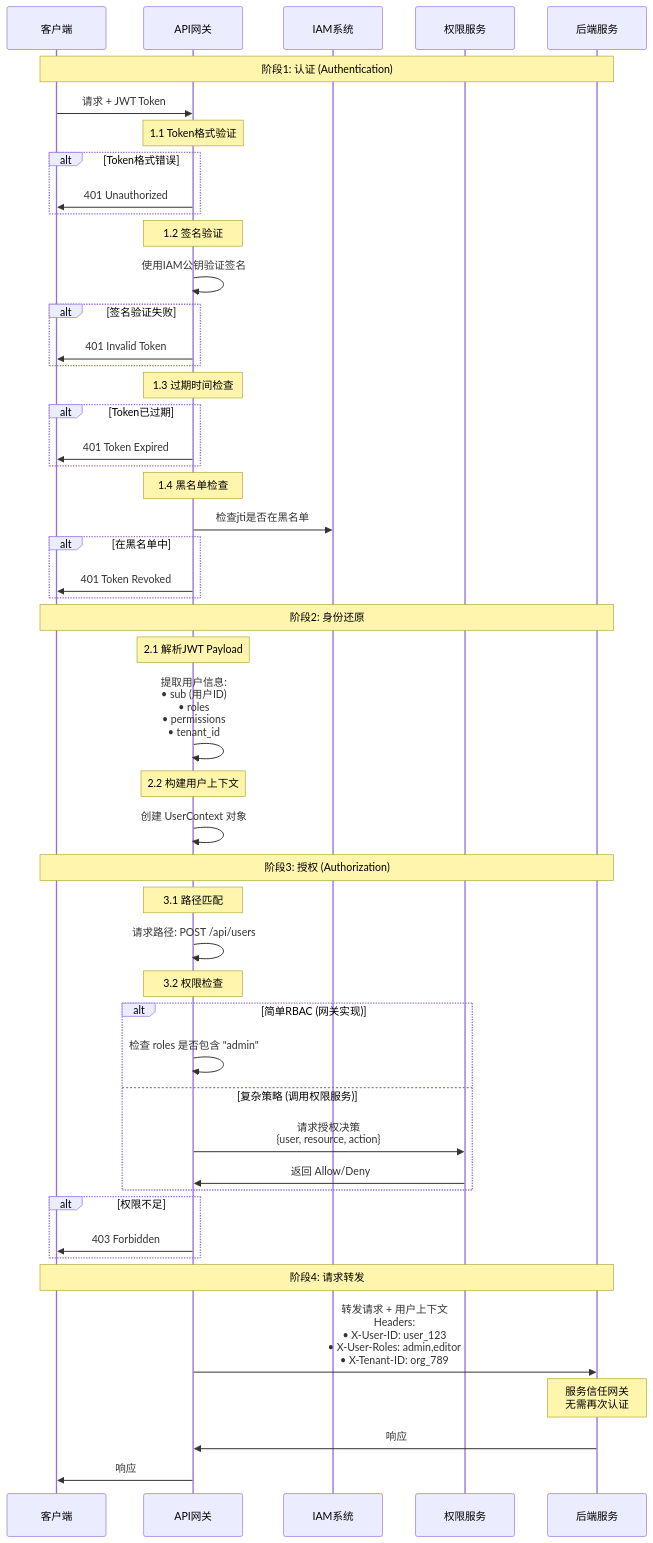
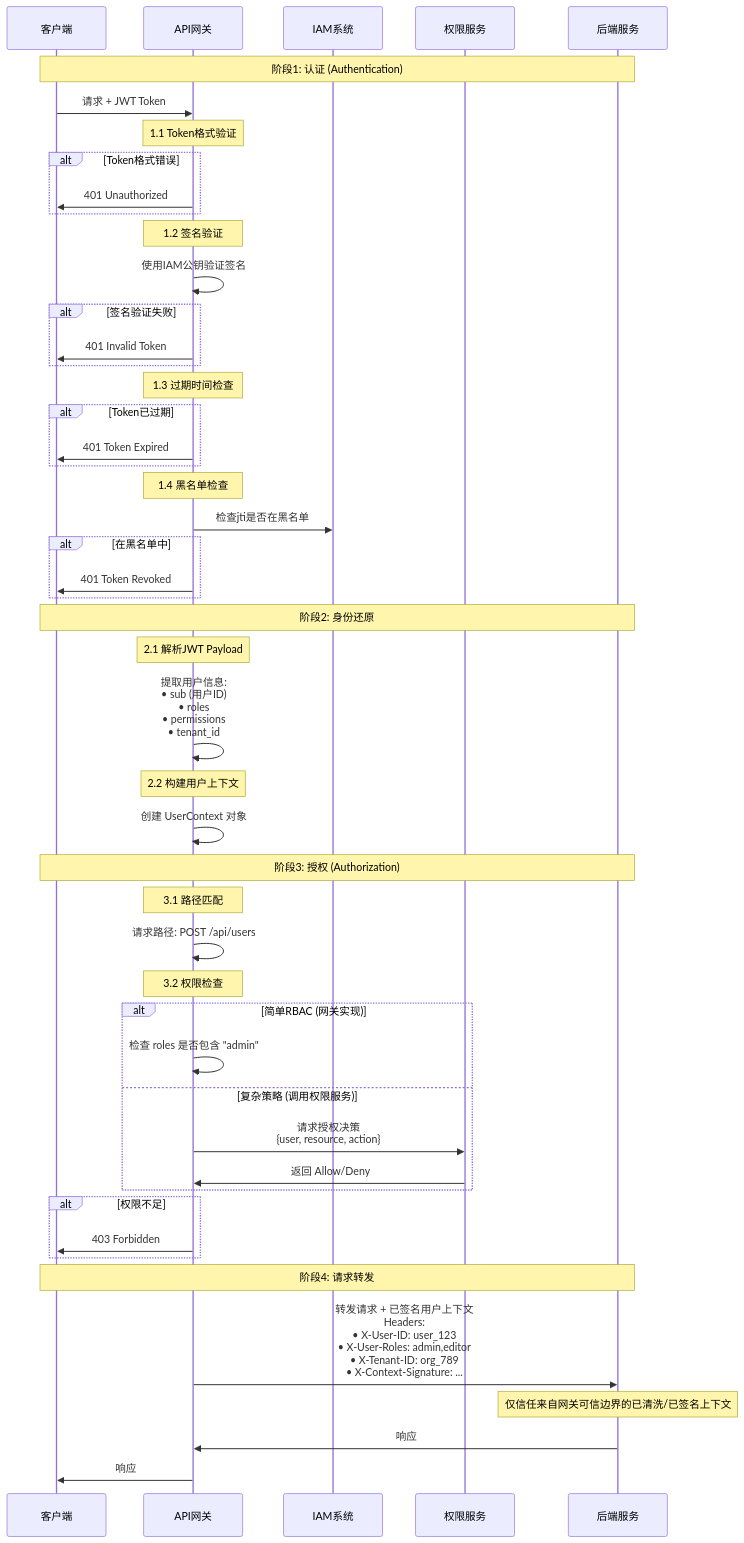
One commit to ink-hz/starship-blog-source changed the fifth of 21 diagrams in src/content/blog/身份认证与访问控制-深度理论知识.md. Above: the diagram before and after it, drawn with Mermaid. The commit also changed other lines of this file and 6 other files, not shown here.

Commit message:
Improve factual accuracy of public architecture posts

````diff
--- a/src/content/blog/身份认证与访问控制-深度理论知识.md
+++ b/src/content/blog/身份认证与访问控制-深度理论知识.md
@@ -262,63 +263,63 @@
 ```mermaid
 sequenceDiagram
     participant Client as 客户端
     participant Gateway as API网关
     participant IAM as IAM系统
     participant AuthZ as 权限服务
     participant Service as 后端服务
 
     Note over Client,Service: 阶段1: 认证 (Authentication)
     Client->>Gateway: 请求 + JWT Token
 
     Note over Gateway: 1.1 Token格式验证
     alt Token格式错误
         Gateway->>Client: 401 Unauthorized
     end
 
     Note over Gateway: 1.2 签名验证
     Gateway->>Gateway: 使用IAM公钥验证签名
     alt 签名验证失败
         Gateway->>Client: 401 Invalid Token
     end
 
     Note over Gateway: 1.3 过期时间检查
     alt Token已过期
         Gateway->>Client: 401 Token Expired
     end
 
     Note over Gateway: 1.4 黑名单检查
     Gateway->>IAM: 检查jti是否在黑名单
     alt 在黑名单中
         Gateway->>Client: 401 Token Revoked
     end
 
     Note over Client,Service: 阶段2: 身份还原
     Note over Gateway: 2.1 解析JWT Payload
     Gateway->>Gateway: 提取用户信息:<br/>• sub (用户ID)<br/>• roles<br/>• permissions<br/>• tenant_id
 
     Note over Gateway: 2.2 构建用户上下文
     Gateway->>Gateway: 创建 UserContext 对象
 
     Note over Client,Service: 阶段3: 授权 (Authorization)
     Note over Gateway: 3.1 路径匹配
     Gateway->>Gateway: 请求路径: POST /api/users
 
     Note over Gateway: 3.2 权限检查
     alt 简单RBAC (网关实现)
         Gateway->>Gateway: 检查 roles 是否包含 "admin"
     else 复杂策略 (调用权限服务)
         Gateway->>AuthZ: 请求授权决策<br/>{user, resource, action}
         AuthZ->>Gateway: 返回 Allow/Deny
     end
 
     alt 权限不足
         Gateway->>Client: 403 Forbidden
     end
 
     Note over Client,Service: 阶段4: 请求转发
-    Gateway->>Service: 转发请求 + 用户上下文<br/>Headers:<br/>• X-User-ID: user_123<br/>• X-User-Roles: admin,editor<br/>• X-Tenant-ID: org_789
+    Gateway->>Service: 转发请求 + 已签名用户上下文<br/>Headers:<br/>• X-User-ID: user_123<br/>• X-User-Roles: admin,editor<br/>• X-Tenant-ID: org_789<br/>• X-Context-Signature: ...
 
-    Note over Service: 服务信任网关<br/>无需再次认证
+    Note over Service: 仅信任来自网关可信边界的已清洗/已签名上下文
     Service->>Gateway: 响应
     Gateway->>Client: 响应
 ```
````
